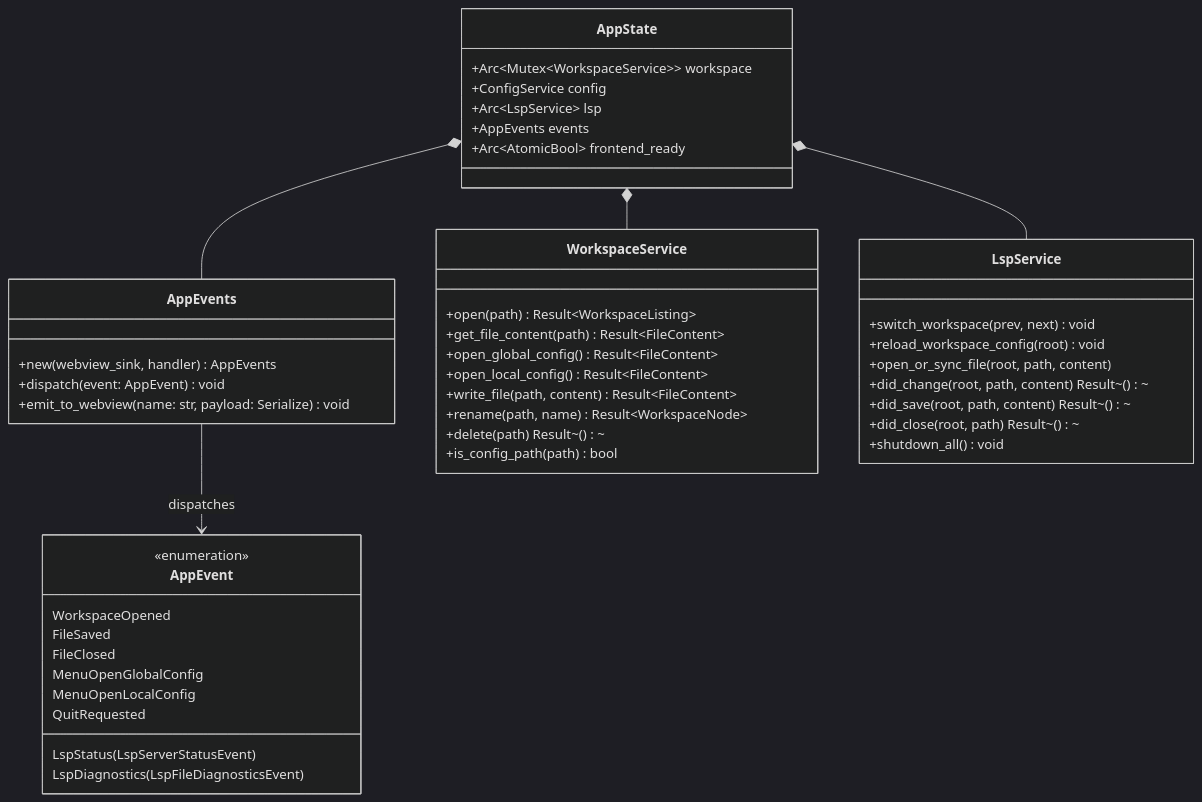
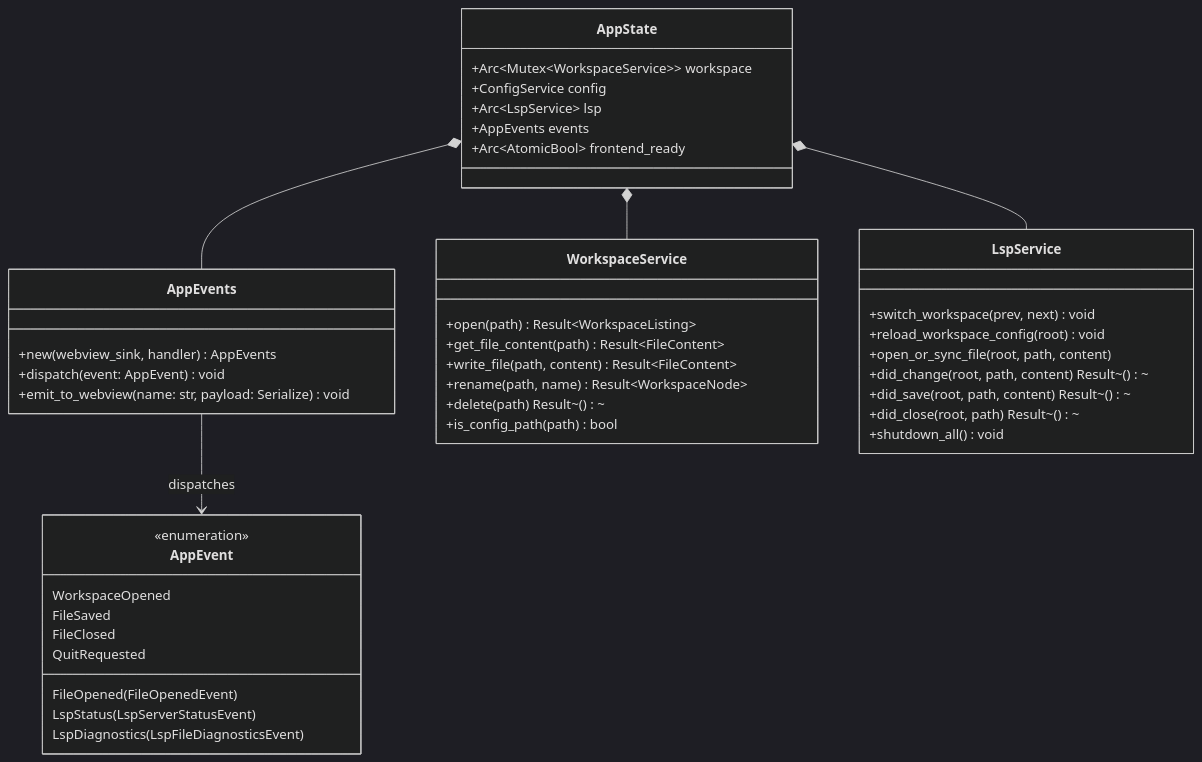
Before and after one commit to difflab-io/lgtm: the first of 4 diagrams in docs/architecture/desktop/events.md, drawn with Mermaid (dark theme). The commit also changed other lines of this file and 10 other files, not shown here.

Commit message:
refactor(desktop): rename FileOpened event and call workspace_read directly

````diff
--- a/docs/architecture/desktop/events.md
+++ b/docs/architecture/desktop/events.md
@@ -60,56 +62,53 @@
 ```mermaid
 classDiagram
     direction TB
 
     class AppState {
         +Arc~Mutex~WorkspaceService~~ workspace
         +ConfigService config
         +Arc~LspService~ lsp
         +AppEvents events
         +Arc~AtomicBool~ frontend_ready
     }
 
     class AppEvents {
         +new(webview_sink, handler) AppEvents
         +dispatch(event: AppEvent) void
         +emit_to_webview(name: str, payload: Serialize) void
     }
 
     class AppEvent {
         <<enumeration>>
         WorkspaceOpened
+        FileOpened(FileOpenedEvent)
         FileSaved
         FileClosed
         LspStatus(LspServerStatusEvent)
         LspDiagnostics(LspFileDiagnosticsEvent)
-        MenuOpenGlobalConfig
-        MenuOpenLocalConfig
         QuitRequested
     }
 
     class WorkspaceService {
         +open(path) Result~WorkspaceListing~
         +get_file_content(path) Result~FileContent~
-        +open_global_config() Result~FileContent~
-        +open_local_config() Result~FileContent~
         +write_file(path, content) Result~FileContent~
         +rename(path, name) Result~WorkspaceNode~
         +delete(path) Result~()~
         +is_config_path(path) bool
     }
 
     class LspService {
         +switch_workspace(prev, next) void
         +reload_workspace_config(root) void
         +open_or_sync_file(root, path, content)
         +did_change(root, path, content) Result~()~
         +did_save(root, path, content) Result~()~
         +did_close(root, path) Result~()~
         +shutdown_all() void
     }
 
     AppState *-- WorkspaceService
     AppState *-- LspService
     AppState *-- AppEvents
     AppEvents --> AppEvent : dispatches
 ```
````
